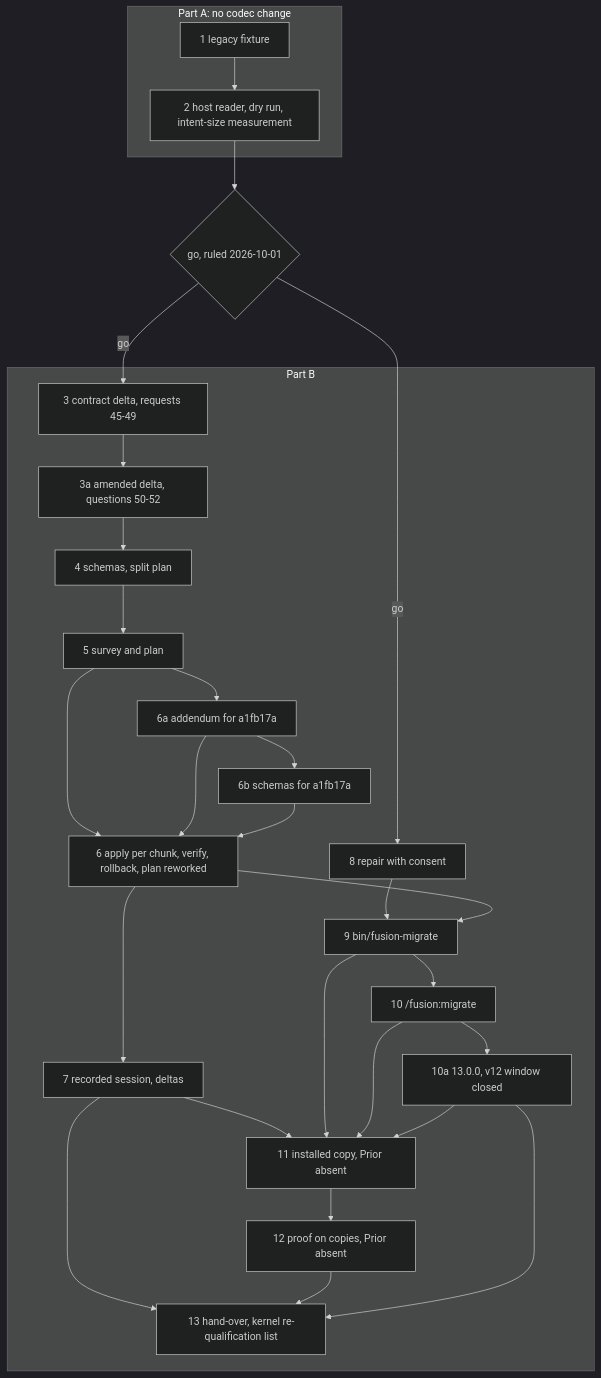
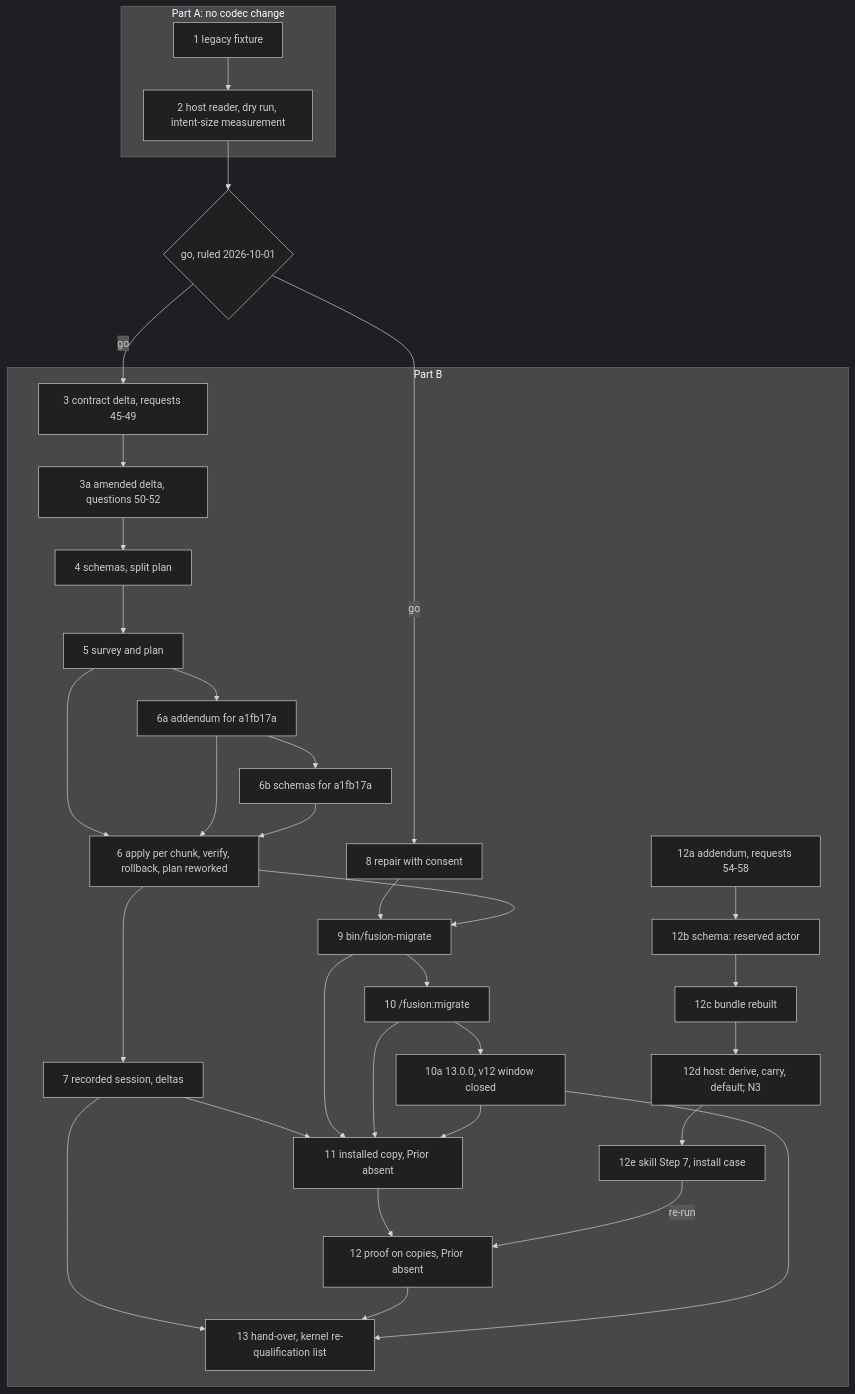
Before and after one commit to tenzoki/fusion: the second of 2 diagrams in fusion-workbench/work-packages/260928-1338-json-control-data-and-markdown-artefacts/plans/261001-1804_p_plan-fj04-the-migration-of-a-legacy-workbench-proven-on-copies.md, drawn with Mermaid (dark theme). The commit also changed other lines of this file and 2 other files, not shown here.

````diff
--- a/fusion-workbench/work-packages/260928-1338-json-control-data-and-markdown-artefacts/plans/261001-1804_p_plan-fj04-the-migration-of-a-legacy-workbench-proven-on-copies.md
+++ b/fusion-workbench/work-packages/260928-1338-json-control-data-and-markdown-artefacts/plans/261001-1804_p_plan-fj04-the-migration-of-a-legacy-workbench-proven-on-copies.md
@@ -701,32 +848,37 @@
 ```mermaid
 flowchart TD
   subgraph A["Part A: no codec change"]
     S1[1 legacy fixture] --> S2[2 host reader, dry run, intent-size measurement]
   end
   S2 --> GO{go, ruled 2026-10-01}
   subgraph B["Part B"]
     S3[3 contract delta, requests 45-49] --> S3a[3a amended delta, questions 50-52]
     S3a --> S4[4 schemas, split plan]
     S4 --> S5[5 survey and plan]
     S5 --> S6[6 apply per chunk, verify, rollback, plan reworked]
     S5 --> S6a[6a addendum for a1fb17a]
     S6a --> S6b[6b schemas for a1fb17a]
     S6a --> S6
     S6b --> S6
     S6 --> S7[7 recorded session, deltas]
     S8[8 repair with consent] --> S9[9 bin/fusion-migrate]
     S6 --> S9
     S9 --> S10[10 /fusion:migrate]
     S10 --> S10a[10a 13.0.0, v12 window closed]
     S7 --> S11[11 installed copy, Prior absent]
     S9 --> S11
     S10 --> S11
     S10a --> S11
     S11 --> S12[12 proof on copies, Prior absent]
+    S12a[12a addendum, requests 54-58] --> S12b[12b schema: reserved actor]
+    S12b --> S12c[12c bundle rebuilt]
+    S12c --> S12d[12d host: derive, carry, default; N3]
+    S12d --> S12e[12e skill Step 7, install case]
+    S12e -->|re-run| S12
     S7 --> S13[13 hand-over, kernel re-qualification list]
     S12 --> S13
     S10a --> S13
   end
   GO -->|go| S3
   GO -->|go| S8
 ```
````
